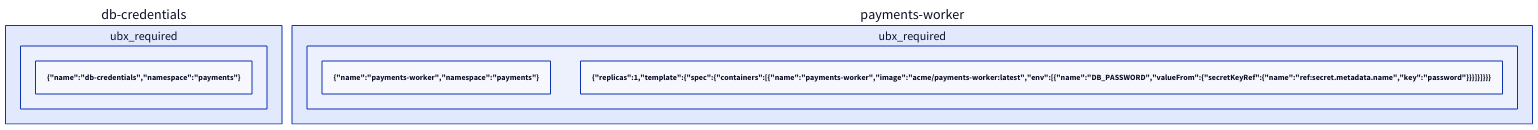
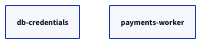
One commit to Ubiquex/ubiquex-docs changed the diagram in tutorial/kubernetes/first-resource.mdx. Above: the diagram before and after it, drawn with D2. The commit also changed other lines of this file and 2 other files, not shown here.

````diff
--- a/tutorial/kubernetes/first-resource.mdx
+++ b/tutorial/kubernetes/first-resource.mdx
@@ -159,12 +208,9 @@
     ```d2
     secret: "db-credentials" {
       class: kubernetes_secret_v1
-      ubx_required.metadata: "{\"name\":\"db-credentials\",\"namespace\":\"payments\"}"
     }
 
     worker: "payments-worker" {
       class: kubernetes_deployment_v1
-      ubx_required.metadata: "{\"name\":\"payments-worker\",\"namespace\":\"payments\"}"
-      ubx_required.spec: "{\"replicas\":1,\"template\":{\"spec\":{\"containers\":[{\"name\":\"payments-worker\",\"image\":\"acme/payments-worker:latest\",\"env\":[{\"name\":\"DB_PASSWORD\",\"valueFrom\":{\"secretKeyRef\":{\"name\":\"ref:secret.metadata.name\",\"key\":\"password\"}}}]}]}}}"
     }
     ```
````
